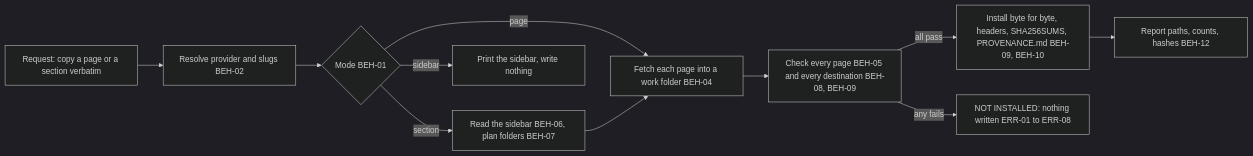
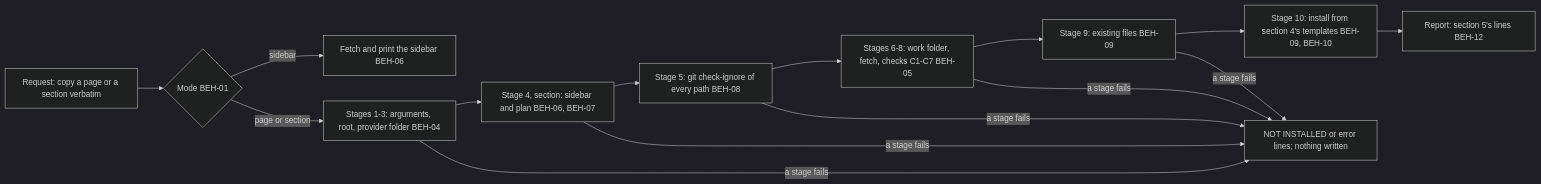
Before and after one commit to bankielewicz/DevForgeAI: the diagram in docs/specs/spec/SPEC-018.md, drawn with Mermaid (dark theme). The commit also changed other lines of this file and 1 other file, not shown here.

````diff
--- a/docs/specs/spec/SPEC-018.md
+++ b/docs/specs/spec/SPEC-018.md
@@ -155,12 +165,13 @@
 ```mermaid
 flowchart LR
-    R[Request: copy a page or a section verbatim] --> D[Resolve provider and slugs BEH-02]
-    D --> M{Mode BEH-01}
-    M -->|page| F[Fetch each page into a work folder BEH-04]
-    M -->|section| S[Read the sidebar BEH-06, plan folders BEH-07] --> F
-    M -->|sidebar| L[Print the sidebar, write nothing]
-    F --> C[Check every page BEH-05 and every destination BEH-08, BEH-09]
-    C -->|all pass| I[Install byte for byte, headers, SHA256SUMS, PROVENANCE.md BEH-09, BEH-10]
-    C -->|any fails| N[NOT INSTALLED: nothing written ERR-01 to ERR-08]
-    I --> P[Report paths, counts, hashes BEH-12]
+    R[Request: copy a page or a section verbatim] --> M{Mode BEH-01}
+    M -->|sidebar| L[Fetch and print the sidebar BEH-06]
+    M -->|page or section| S1[Stages 1-3: arguments, root, provider folder BEH-04]
+    S1 --> S4[Stage 4, section: sidebar and plan BEH-06, BEH-07]
+    S4 --> S5[Stage 5: git check-ignore of every path BEH-08]
+    S5 --> S6[Stages 6-8: work folder, fetch, checks C1-C7 BEH-05]
+    S6 --> S9[Stage 9: existing files BEH-09]
+    S9 --> S10[Stage 10: install from section 4's templates BEH-09, BEH-10]
+    S10 --> P[Report: section 5's lines BEH-12]
+    S1 & S4 & S5 & S6 & S9 -->|a stage fails| N[NOT INSTALLED or error lines; nothing written]
 ```
````
